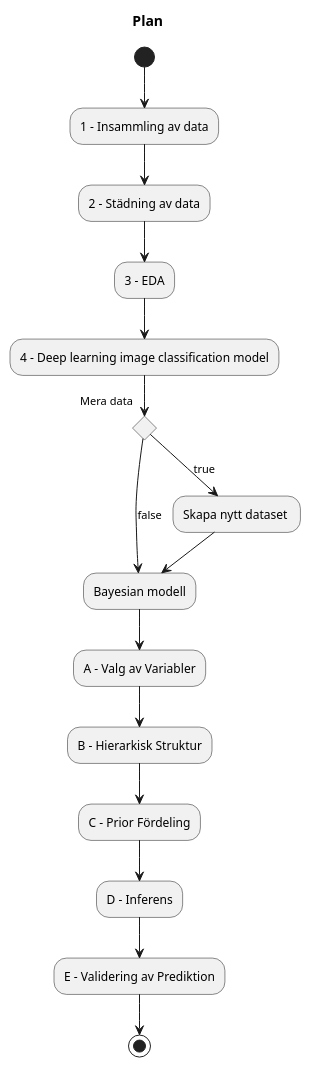
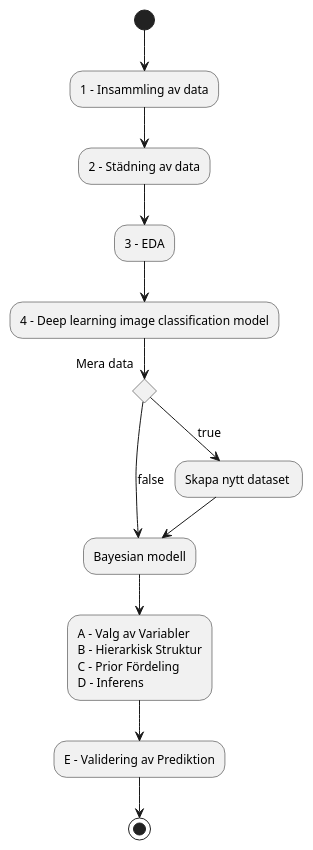
One commit to aschera/plants changed the diagram in plan.md. Above: the diagram before and after it, drawn with PlantUML. The commit also changed other lines of this file and 2 other files, not shown here.

Commit message:
made flowchart more compact

```diff
--- a/plan.md
+++ b/plan.md
@@ -51,24 +53,24 @@
 @startuml
 
-title Plan
+skinparam defaultFontSize 12
 
 (*) --> "1 - Insammling av data"
 --> "2 - Städning av data"
 --> "3 - EDA"
 --> "4 - Deep learning image classification model"
 
 if "Mera data" then
   -->[true] "Skapa nytt dataset "
   --> "Bayesian modell"
 else
   ->[false] "Bayesian modell"
 endif
 
---> "A - Valg av Variabler"
---> "B - Hierarkisk Struktur"
---> "C - Prior Fördeling"
---> "D - Inferens"
+--> "A - Valg av Variabler
+    B - Hierarkisk Struktur
+    C - Prior Fördeling
+    D - Inferens"
 --> "E - Validering av Prediktion"
 
-  -->(*)
+-->(*)
 @enduml
```
